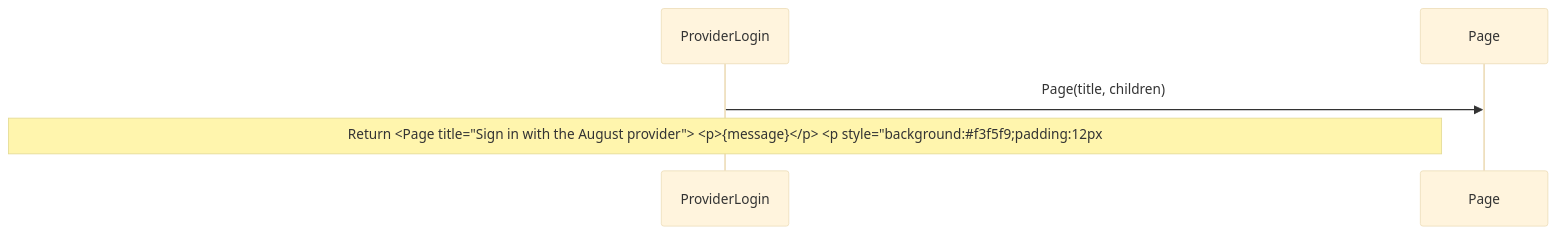
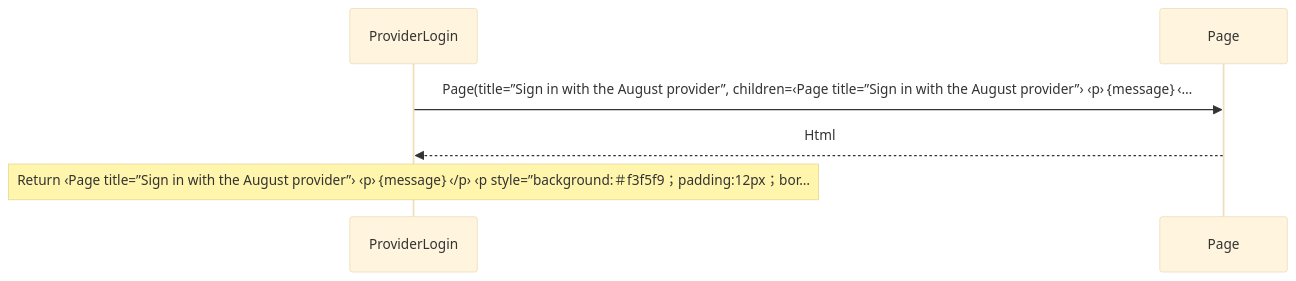
One commit to GreenPandaStudios/augscript changed the second of 3 diagrams in docs/examples/oidc-login/provider/views-diagrams.md. Above: the diagram before and after it, drawn with Mermaid (base theme). The commit also changed other lines of this file and 524 other files, not shown here.

Commit message:
Explain checked data flow at folder and service levels

````diff
--- a/docs/examples/oidc-login/provider/views-diagrams.md
+++ b/docs/examples/oidc-login/provider/views-diagrams.md
@@ -42,7 +41,8 @@
 ```mermaid
 sequenceDiagram
     participant p0 as ProviderLogin
     participant p1 as Page
-    p0->>p1: Page(title, children)
-    Note over p0: Return #60;Page title=#34;Sign in with the August provider#34;#62; #60;p#62;#123;message#125;#60;/p#62; #60;p style=#34;background:#35;f3f5f9#59;padding:12px#59;bor…
+    p0->>p1: Page(title=”Sign in with the August provider”, children=‹Page title=”Sign in with the August provider”› ‹p›｛message｝‹…
+    p1-->>p0: Html
+    Note over p0: Return ‹Page title=”Sign in with the August provider”› ‹p›｛message｝‹/p› ‹p style=”background:＃f3f5f9；padding:12px；bor…
 ```
````
